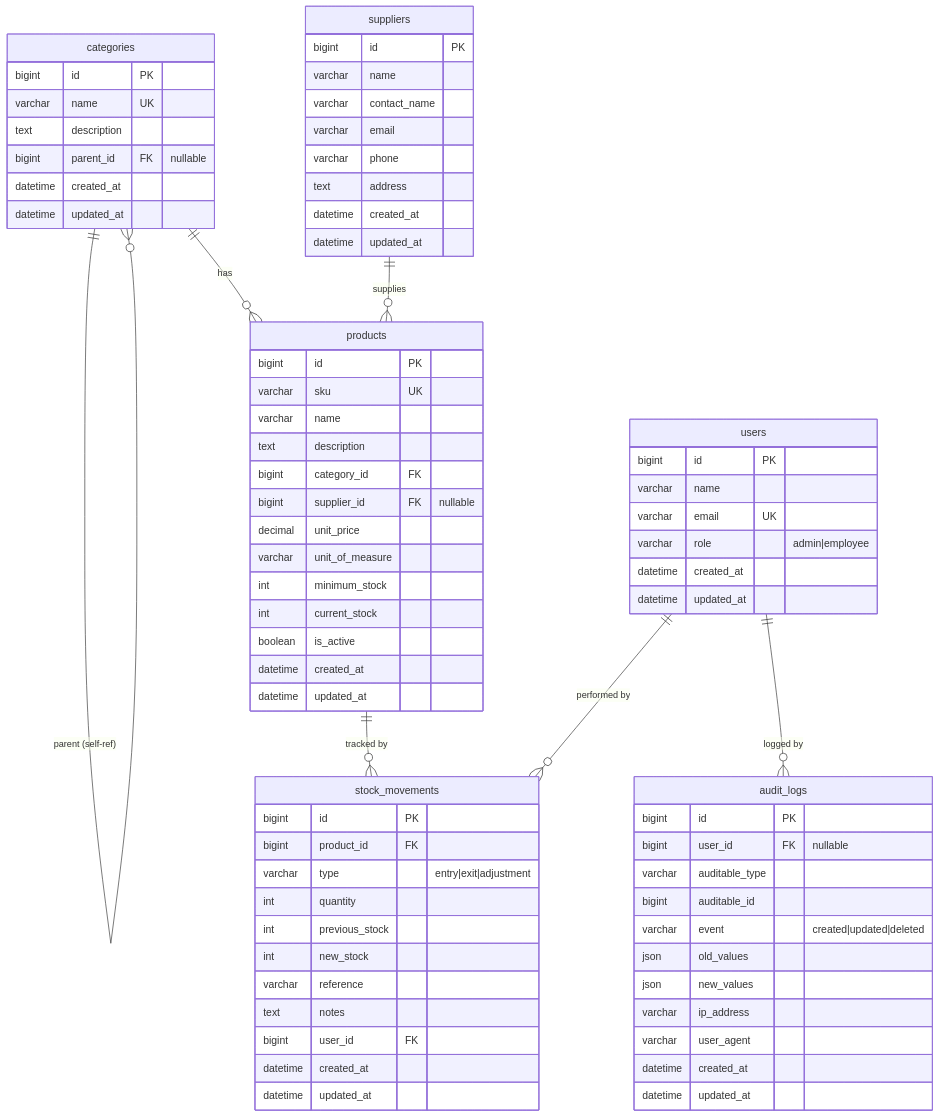
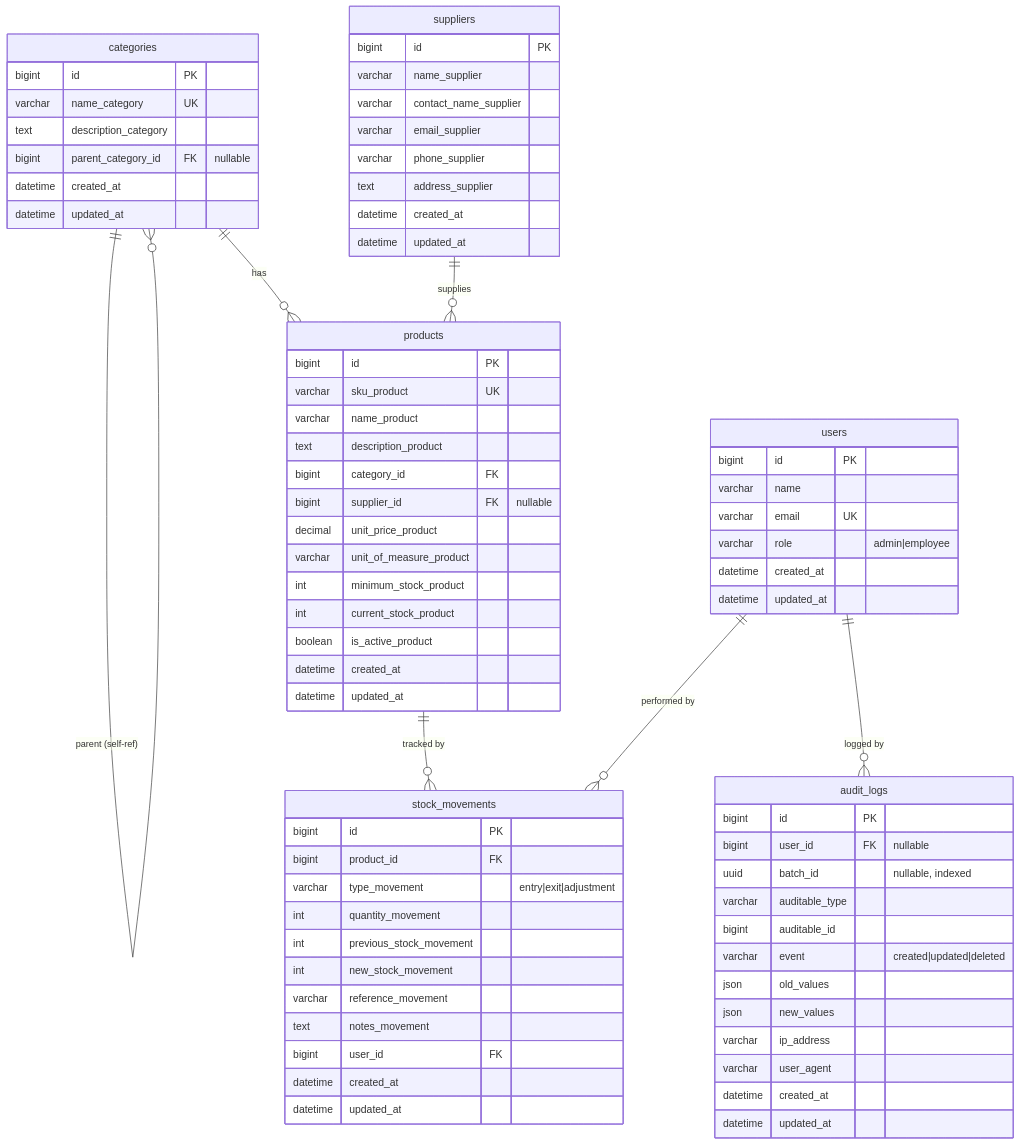
The first of 2 diagrams in docs/01-arquitectura-sistema.md (Enrrill/Inventario-Crud), drawn with Mermaid before and after one commit. The commit also changed other lines of this file and 15 other files, not shown here.

```diff
--- a/docs/01-arquitectura-sistema.md
+++ b/docs/01-arquitectura-sistema.md
@@ -34,36 +34,36 @@
 
     categories {
         bigint id PK
-        varchar name UK
-        text description
-        bigint parent_id FK "nullable"
+        varchar name_category UK
+        text description_category
+        bigint parent_category_id FK "nullable"
         datetime created_at
         datetime updated_at
     }
 
     suppliers {
         bigint id PK
-        varchar name
-        varchar contact_name
-        varchar email
-        varchar phone
-        text address
+        varchar name_supplier
+        varchar contact_name_supplier
+        varchar email_supplier
+        varchar phone_supplier
+        text address_supplier
         datetime created_at
         datetime updated_at
     }
 
     products {
         bigint id PK
-        varchar sku UK
-        varchar name
-        text description
+        varchar sku_product UK
+        varchar name_product
+        text description_product
         bigint category_id FK
         bigint supplier_id FK "nullable"
-        decimal unit_price
-        varchar unit_of_measure
-        int minimum_stock
-        int current_stock
-        boolean is_active
+        decimal unit_price_product
+        varchar unit_of_measure_product
+        int minimum_stock_product
+        int current_stock_product
+        boolean is_active_product
         datetime created_at
         datetime updated_at
     }
@@ -71,12 +71,12 @@
     stock_movements {
         bigint id PK
         bigint product_id FK
-        varchar type "entry|exit|adjustment"
-        int quantity
-        int previous_stock
-        int new_stock
-        varchar reference
-        text notes
+        varchar type_movement "entry|exit|adjustment"
+        int quantity_movement
+        int previous_stock_movement
+        int new_stock_movement
+        varchar reference_movement
+        text notes_movement
         bigint user_id FK
         datetime created_at
         datetime updated_at
@@ -94,6 +94,7 @@
     audit_logs {
         bigint id PK
         bigint user_id FK "nullable"
+        uuid batch_id "nullable, indexed"
         varchar auditable_type
         bigint auditable_id
         varchar event "created|updated|deleted"
```
